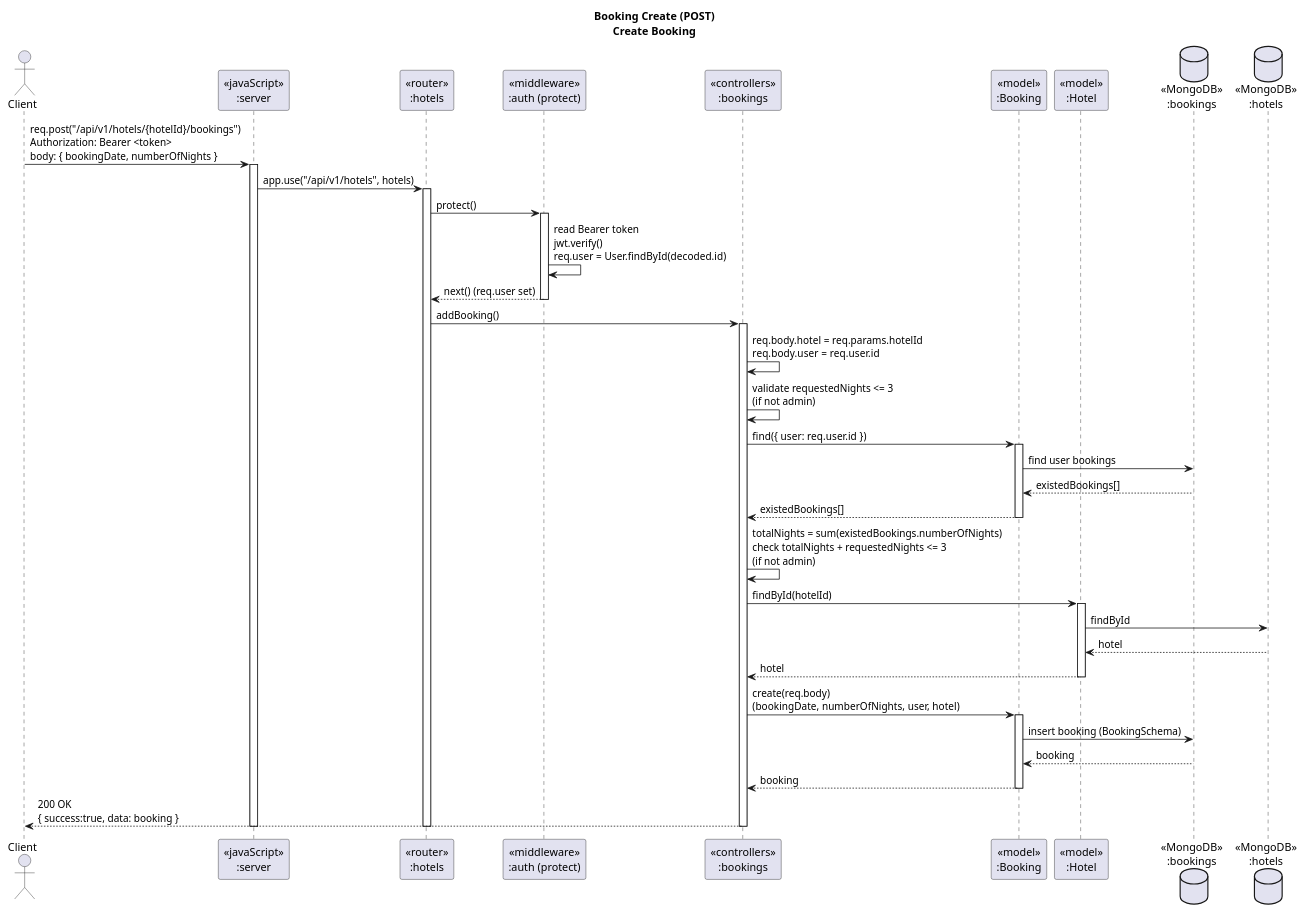
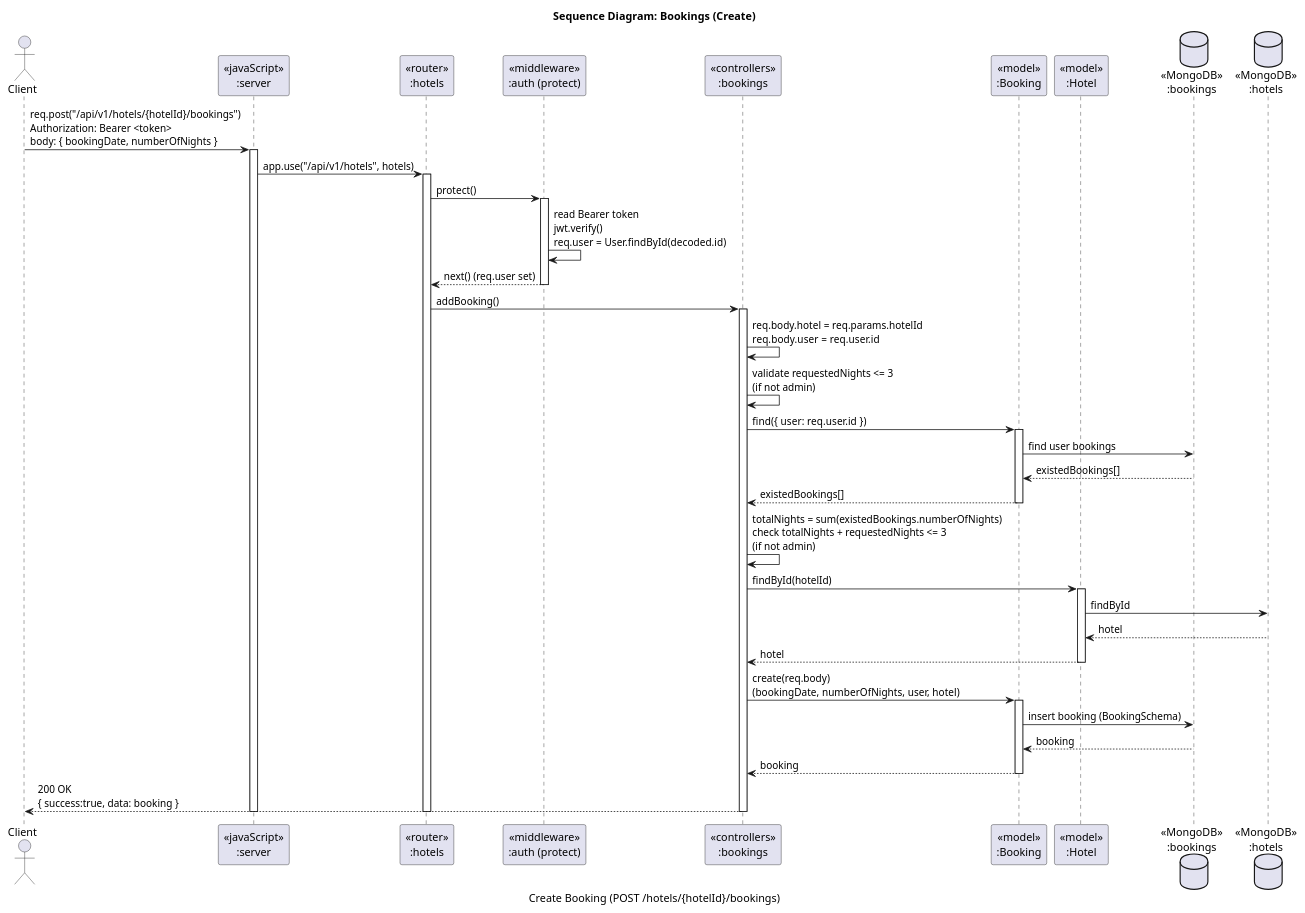
Before and after one commit to 2110503-CEDT68/be-project-68-pratulang: the diagram in uml/booking_create_sequence.puml, drawn with PlantUML. The commit also changed 2 other files, not shown here.

Commit message:
normalize uml

```diff
--- a/uml/booking_create_sequence.puml
+++ b/uml/booking_create_sequence.puml
@@ -1,62 +1,63 @@
 @startuml
-title Booking Create (POST)\nCreate Booking
+title Sequence Diagram: Bookings (Create)
+caption Create Booking (POST /hotels/{hotelId}/bookings)
 
 actor Client
 
 participant "«javaScript»\n:server" as Server
 participant "«router»\n:hotels" as RouterHotels
 participant "«middleware»\n:auth (protect)" as Protect
 participant "«controllers»\n:bookings" as BookingController
 participant "«model»\n:Booking" as BookingModel
 participant "«model»\n:Hotel" as HotelModel
 database "«MongoDB»\n:bookings" as MongoBookings
 database "«MongoDB»\n:hotels" as MongoHotels
 
 Client -> Server : req.post("/api/v1/hotels/{hotelId}/bookings")\nAuthorization: Bearer <token>\nbody: { bookingDate, numberOfNights }
 activate Server
 
 Server -> RouterHotels : app.use("/api/v1/hotels", hotels)
 activate RouterHotels
 
 RouterHotels -> Protect : protect()
 activate Protect
 Protect -> Protect : read Bearer token\njwt.verify()\nreq.user = User.findById(decoded.id)
 Protect --> RouterHotels : next() (req.user set)
 deactivate Protect
 
 RouterHotels -> BookingController : addBooking()
 activate BookingController
 
 BookingController -> BookingController : req.body.hotel = req.params.hotelId\nreq.body.user = req.user.id
 
 BookingController -> BookingController : validate requestedNights <= 3\n(if not admin)
 
 BookingController -> BookingModel : find({ user: req.user.id })
 activate BookingModel
 BookingModel -> MongoBookings : find user bookings
 MongoBookings --> BookingModel : existedBookings[]
 BookingModel --> BookingController : existedBookings[]
 deactivate BookingModel
 
 BookingController -> BookingController : totalNights = sum(existedBookings.numberOfNights)\ncheck totalNights + requestedNights <= 3\n(if not admin)
 
 BookingController -> HotelModel : findById(hotelId)
 activate HotelModel
 HotelModel -> MongoHotels : findById
 MongoHotels --> HotelModel : hotel
 HotelModel --> BookingController : hotel
 deactivate HotelModel
 
 BookingController -> BookingModel : create(req.body)\n(bookingDate, numberOfNights, user, hotel)
 activate BookingModel
 BookingModel -> MongoBookings : insert booking (BookingSchema)
 MongoBookings --> BookingModel : booking
 BookingModel --> BookingController : booking
 deactivate BookingModel
 
 BookingController --> Client : 200 OK\n{ success:true, data: booking }
 deactivate BookingController
 deactivate RouterHotels
 deactivate Server
 
 @enduml
```
